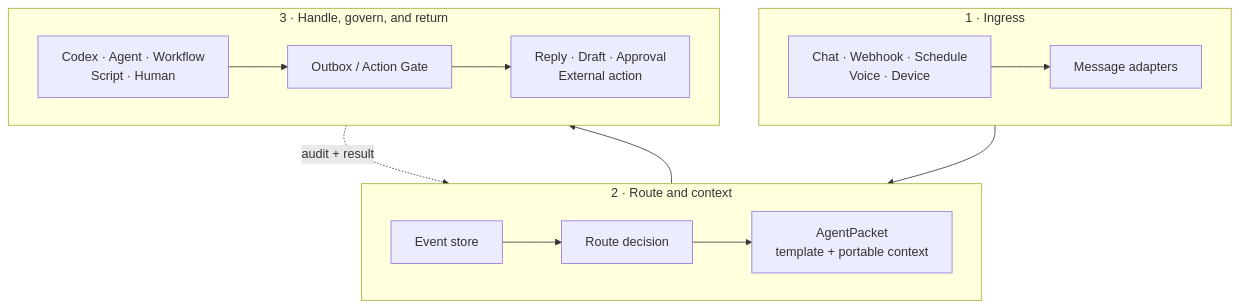
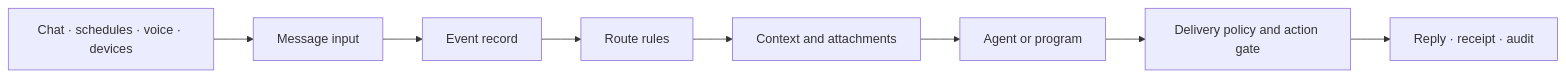
Before and after one commit to vb2250158/RabiRoute: the diagram in README.md, drawn with Mermaid. The commit also changed other lines of this file and 50 other files, not shown here.

````diff
--- a/README.md
+++ b/README.md
@@ -96,21 +110,10 @@
 ```mermaid
-flowchart TB
-    subgraph ingress ["1 · Ingress"]
-        direction LR
-        A["Chat · Webhook · Schedule<br/>Voice · Device"] --> B["Message adapters"]
-    end
-
-    subgraph routing ["2 · Route and context"]
-        direction LR
-        C["Event store"] --> D["Route decision"] --> E["AgentPacket<br/>template + portable context"]
-    end
-
-    subgraph delivery ["3 · Handle, govern, and return"]
-        direction LR
-        F["Codex · Agent · Workflow<br/>Script · Human"] --> G["Outbox / Action Gate"] --> H["Reply · Draft · Approval<br/>External action"]
-    end
-
-    B --> C
-    E --> F
-    H -. "audit + result" .-> C
+flowchart LR
+    A[Chat · schedules · voice · devices] --> B[Message input]
+    B --> C[Event record]
+    C --> D[Route rules]
+    D --> E[Context and attachments]
+    E --> F[Agent or program]
+    F --> G[Delivery policy and action gate]
+    G --> H[Reply · receipt · audit]
 ```
````
